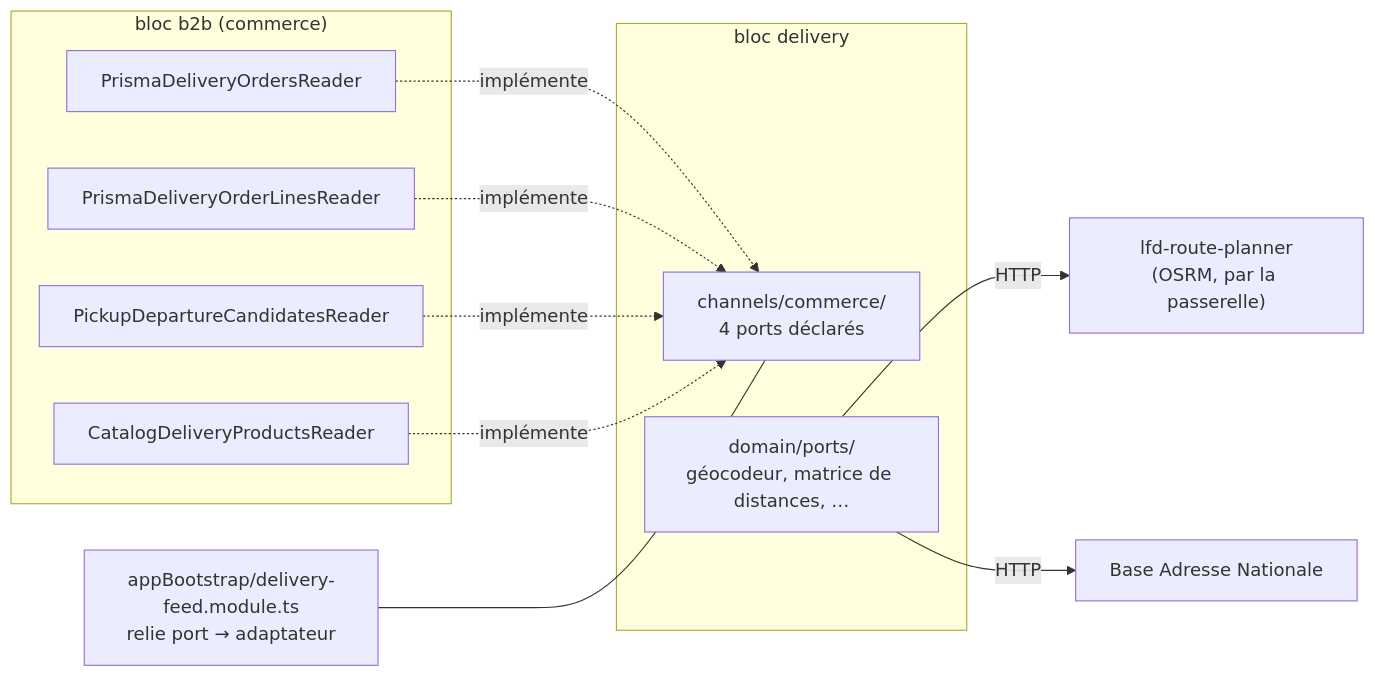
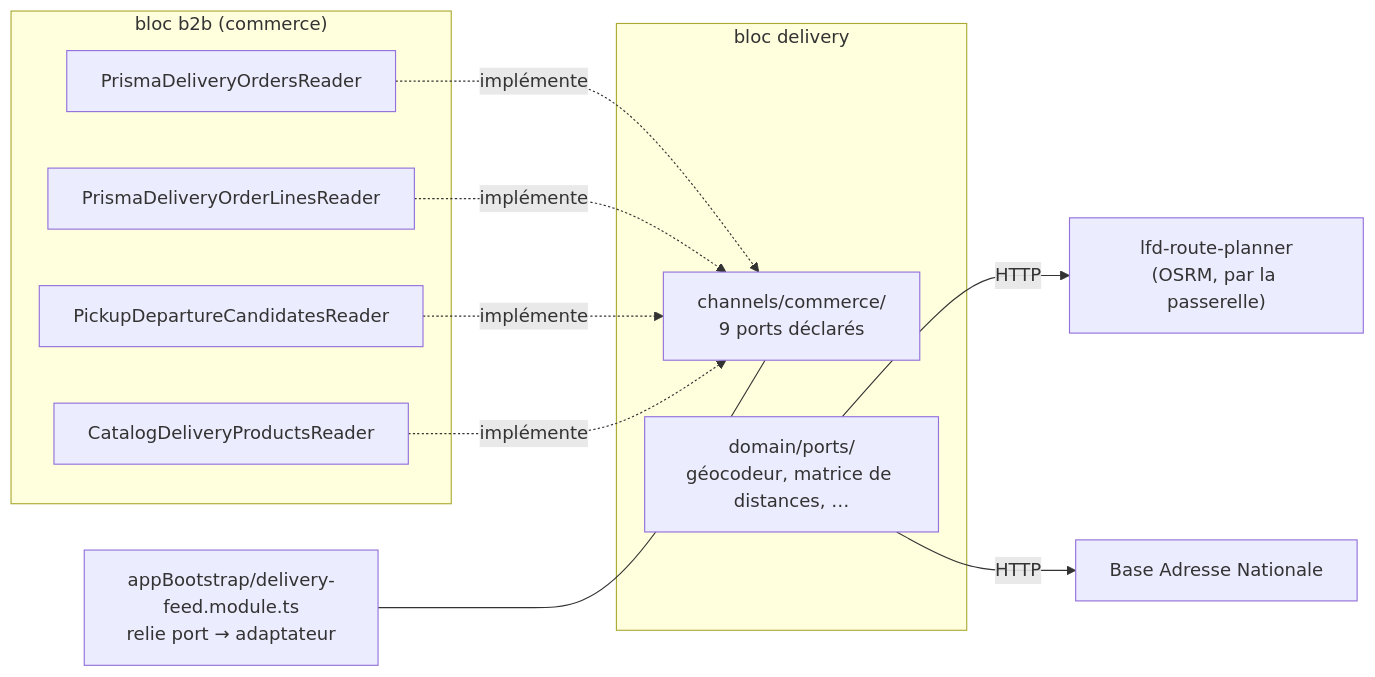
One commit to hugoheynard/lfd changed the second of 2 diagrams in documentation/livraisons/architecture-isolation-livraison.md. Above: the diagram before and after it, drawn with Mermaid. The commit also changed other lines of this file and 7 other files, not shown here.

````diff
--- a/documentation/livraisons/architecture-isolation-livraison.md
+++ b/documentation/livraisons/architecture-isolation-livraison.md
@@ -104,23 +107,23 @@
 ```mermaid
 flowchart LR
   subgraph delivery["bloc delivery"]
-    CH["channels/commerce/<br/>4 ports déclarés"]
+    CH["channels/commerce/<br/>9 ports déclarés"]
     DP["domain/ports/<br/>géocodeur, matrice de distances, …"]
   end
   subgraph b2b["bloc b2b (commerce)"]
     O["PrismaDeliveryOrdersReader"]
     OL["PrismaDeliveryOrderLinesReader"]
     P["PickupDepartureCandidatesReader"]
     C["CatalogDeliveryProductsReader"]
   end
   AB["appBootstrap/delivery-feed.module.ts<br/>relie port → adaptateur"]
   RP["lfd-route-planner<br/>(OSRM, par la passerelle)"]
   BAN["Base Adresse Nationale"]
   O -. implémente .-> CH
   OL -. implémente .-> CH
   P -. implémente .-> CH
   C -. implémente .-> CH
   AB --- CH
   DP -- HTTP --> RP
   DP -- HTTP --> BAN
 ```
````
